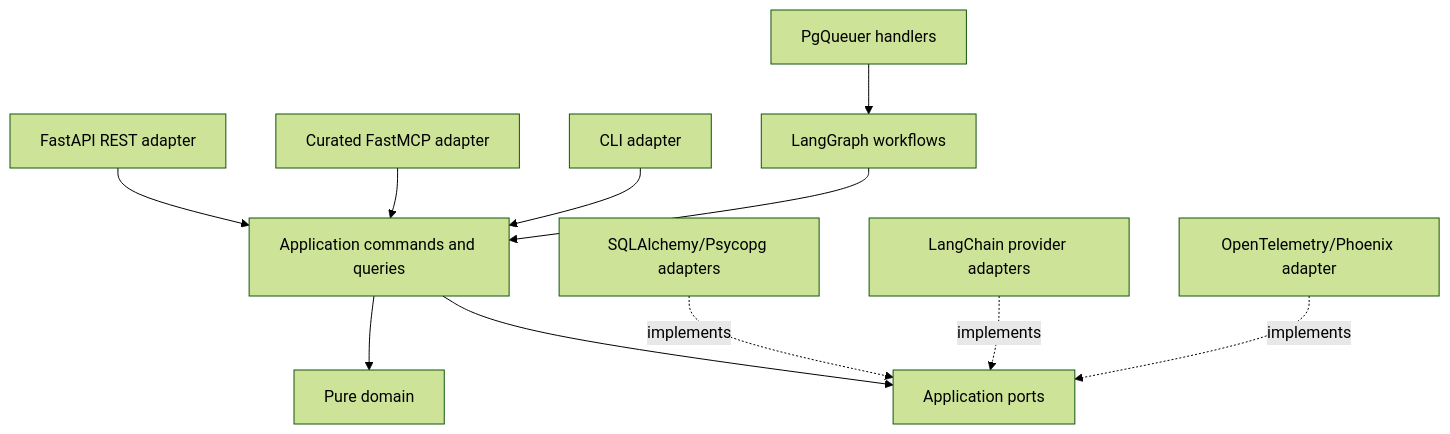
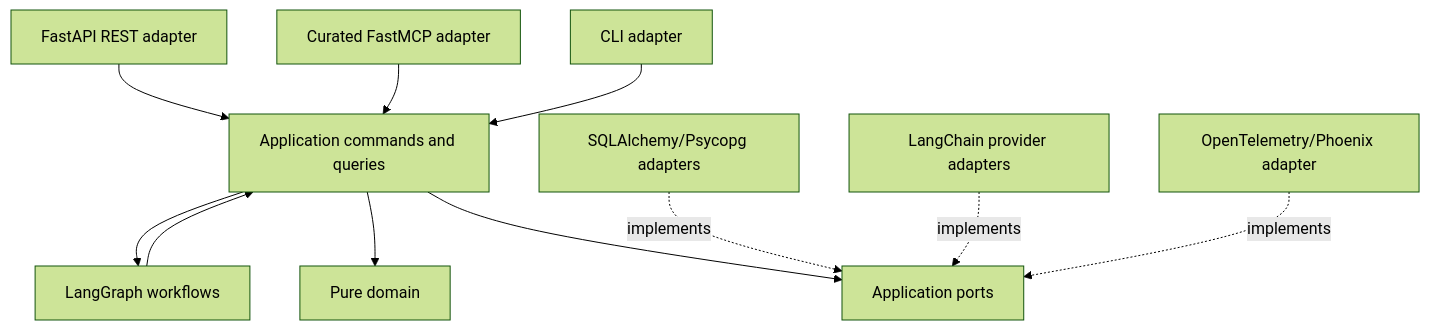
The diagram in docs/specs/architecture.md (nathanvogel/agentic-cataloger), drawn with Mermaid (forest theme) before and after one commit. The commit also changed other lines of this file and 2 other files, not shown here.

Commit message:
docs: Cut PgQueuer from initial scope

````diff
--- a/docs/specs/architecture.md
+++ b/docs/specs/architecture.md
@@ -49,13 +48,13 @@
 ```mermaid
 flowchart TB
   rest["FastAPI REST adapter"] --> app["Application commands and queries"]
   mcp["Curated FastMCP adapter"] --> app
   cli["CLI adapter"] --> app
-  lg["LangGraph workflows"] --> app
-  jobs["PgQueuer handlers"] --> lg
+  app --> lg["LangGraph workflows"]
+  lg --> app
   app --> domain["Pure domain"]
   app --> ports["Application ports"]
   persistence["SQLAlchemy/Psycopg adapters"] -.->|implements| ports
   llm["LangChain provider adapters"] -.->|implements| ports
   telemetry["OpenTelemetry/Phoenix adapter"] -.->|implements| ports
 ```
````
